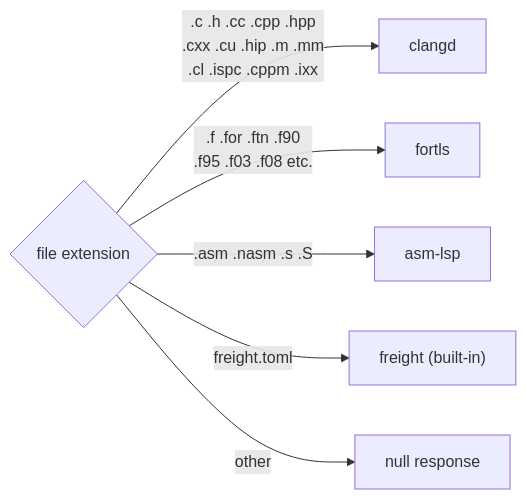
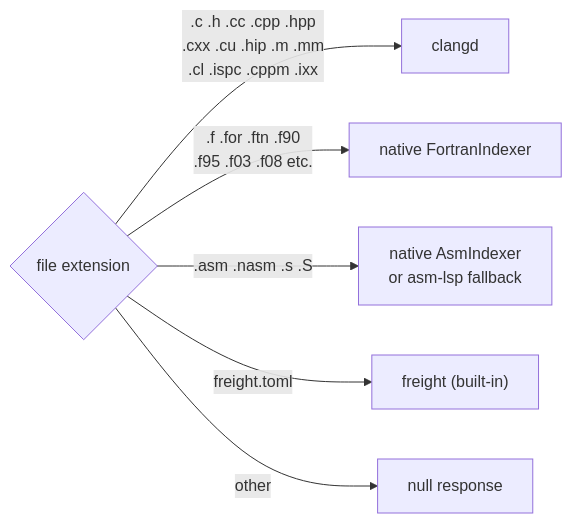
The third of 7 diagrams in docs/lsp-architecture.md (freight-app/Freight), drawn with Mermaid before and after one commit. The commit also changed other lines of this file and 6 other files, not shown here.

Commit message:
document native fortran lsp default

````diff
--- a/docs/lsp-architecture.md
+++ b/docs/lsp-architecture.md
@@ -73,10 +75,10 @@
 ```mermaid
 flowchart LR
     ext{"file extension"}
 
     ext -->|".c .h .cc .cpp .hpp\n.cxx .cu .hip .m .mm\n.cl .ispc .cppm .ixx"| Clangd["clangd"]
-    ext -->|".f .for .ftn .f90\n.f95 .f03 .f08 etc."| Fortls["fortls"]
-    ext -->|".asm .nasm .s .S"| AsmLsp["asm-lsp"]
+    ext -->|".f .for .ftn .f90\n.f95 .f03 .f08 etc."| Fortran["native FortranIndexer"]
+    ext -->|".asm .nasm .s .S"| Asm["native AsmIndexer\nor asm-lsp fallback"]
     ext -->|"freight.toml"| Freight["freight (built-in)"]
     ext -->|"other"| Null["null response"]
 ```
````
